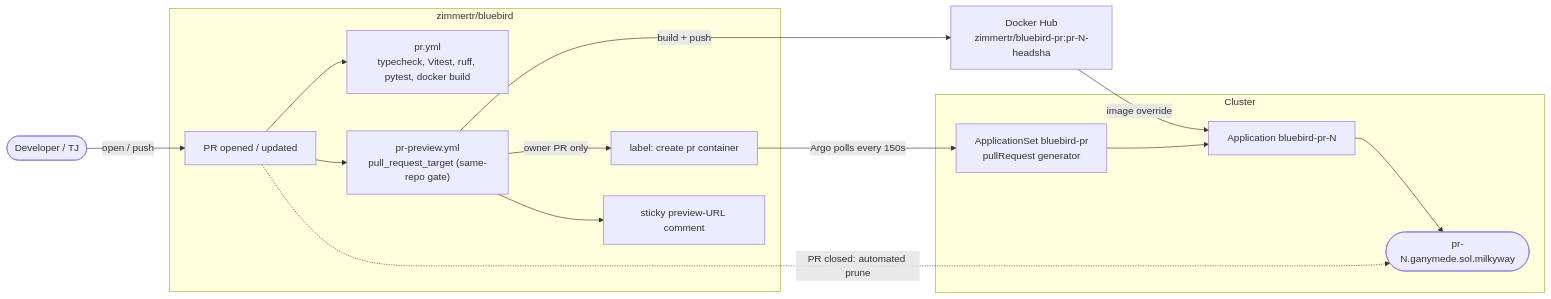
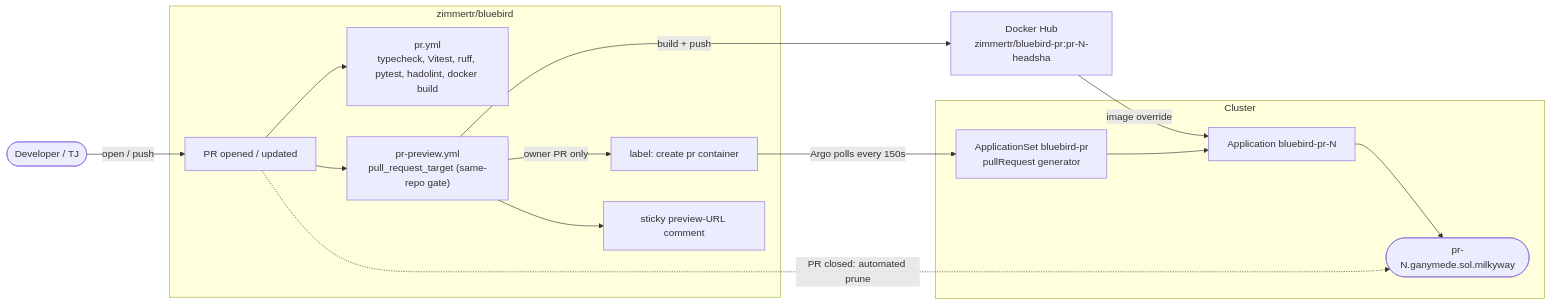
One commit to zimmertr/bluebird changed the second of 3 diagrams in docs/CICD.md. Above: the diagram before and after it, drawn with Mermaid. The commit also changed other lines of this file and 3 other files, not shown here.

````diff
--- a/docs/CICD.md
+++ b/docs/CICD.md
@@ -138,32 +141,32 @@
 ```mermaid
 flowchart LR
     dev(["Developer / TJ"])
 
     subgraph BB["zimmertr/bluebird"]
         pr["PR opened / updated"]
-        checks["pr.yml<br/>typecheck, Vitest, ruff, pytest, docker build"]
+        checks["pr.yml<br/>typecheck, Vitest, ruff, pytest, hadolint, docker build"]
         preview["pr-preview.yml<br/>pull_request_target (same-repo gate)"]
         label["label: create pr container"]
         comment["sticky preview-URL comment"]
     end
 
     dhpr["Docker Hub<br/>zimmertr/bluebird-pr:pr-N-headsha"]
 
     subgraph CL["Cluster"]
         appset["ApplicationSet bluebird-pr<br/>pullRequest generator"]
         app["Application bluebird-pr-N"]
         env(["pr-N.ganymede.sol.milkyway"])
     end
 
     dev -->|open / push| pr
     pr --> checks
     pr --> preview
     preview -->|build + push| dhpr
     preview -->|owner PR only| label
     preview --> comment
     label -->|Argo polls every 150s| appset
     appset --> app
     dhpr -->|image override| app
     app --> env
     pr -.->|PR closed: automated prune| env
 ```
````
